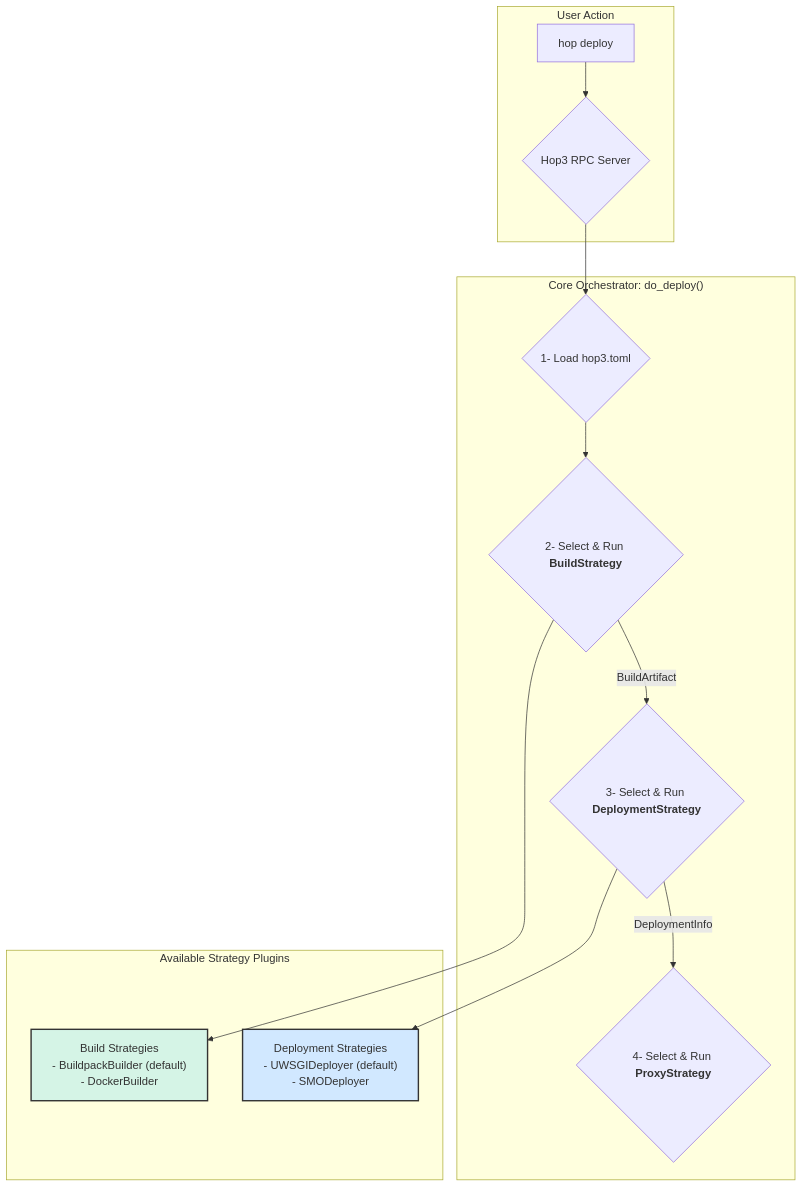
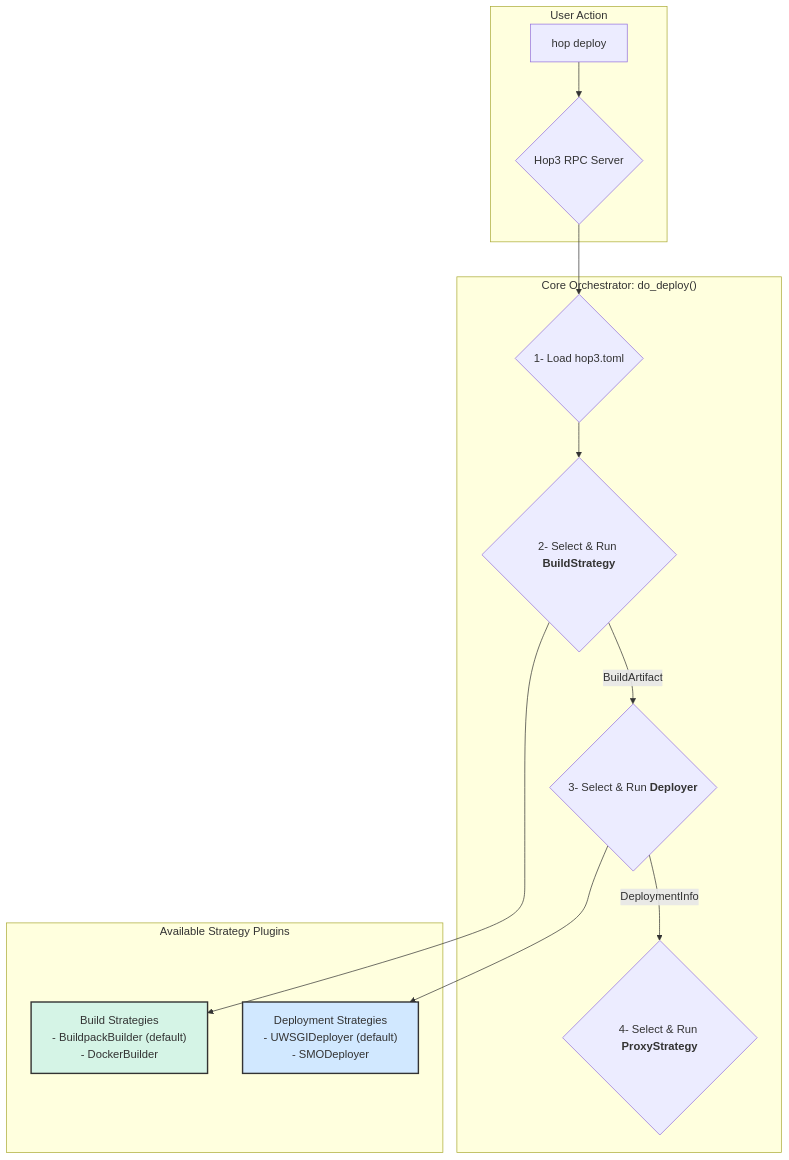
The diagram in notes/adrs/020-pluggable-architecture.md (abilian/hop3), drawn with Mermaid before and after one commit. The commit also changed other lines of this file and 19 other files, not shown here.

````diff
--- a/notes/adrs/020-pluggable-architecture.md
+++ b/notes/adrs/020-pluggable-architecture.md
@@ -69,25 +69,25 @@
 ```mermaid
 %%{init: { 'flowchart': {'useMaxWidth': true} }}%%
 graph TD
     subgraph "User Action"
         A[hop deploy <app>] --> B{Hop3 RPC Server};
     end
 
     subgraph "Core Orchestrator: do_deploy()"
         B --> C{1- Load hop3.toml};
         C --> D{2- Select & Run <b>BuildStrategy</b>};
-        D -- BuildArtifact --> E{3- Select & Run <b>DeploymentStrategy</b>};
+        D -- BuildArtifact --> E{3- Select & Run <b>Deployer</b>};
         E -- DeploymentInfo --> F{4- Select & Run <b>ProxyStrategy</b>};
     end
 
     subgraph "Available Strategy Plugins"
         style BS fill:#D5F4E6,stroke:#333,stroke-width:2px
         style DS fill:#D1E8FF,stroke:#333,stroke-width:2px
 
         BS["Build Strategies<br>- BuildpackBuilder (default)<br>- DockerBuilder"]
         DS["Deployment Strategies<br>- UWSGIDeployer (default)<br>- SMODeployer"]
     end
 
     D --> BS;
     E --> DS;
 ```
````
